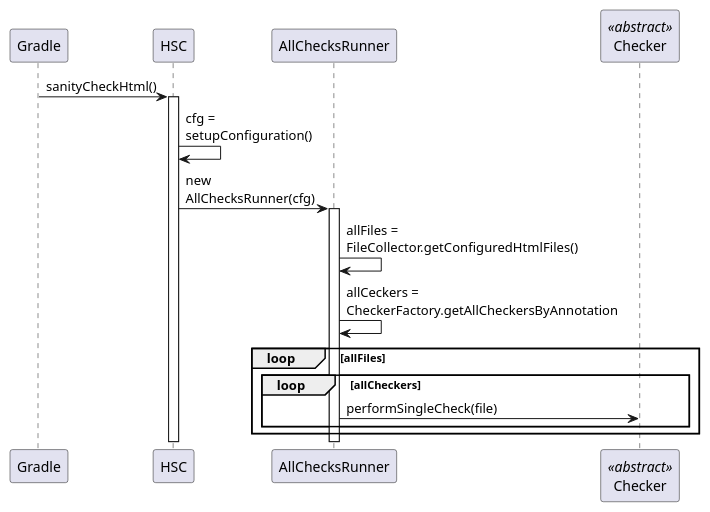
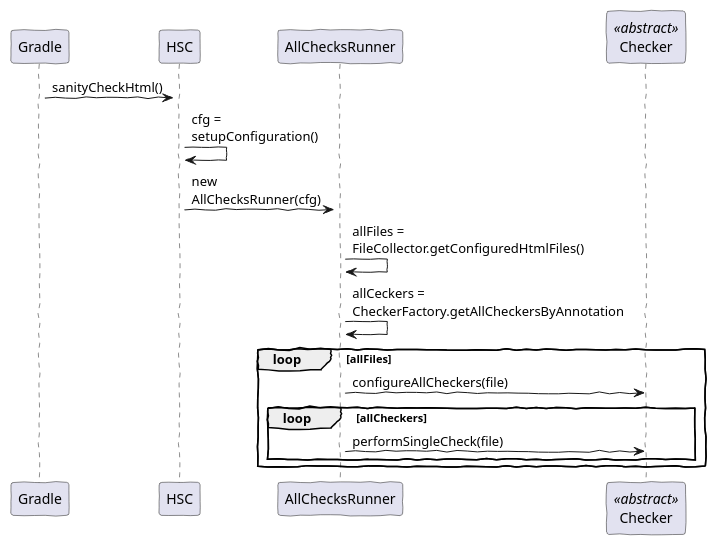
One commit to aim42/htmlSanityCheck changed the diagram in src/docs/development/MainLoop-new.puml. Above: the diagram before and after it, drawn with PlantUML. The commit also changed 1 other file, not shown here.

```diff
--- a/src/docs/development/MainLoop-new.puml
+++ b/src/docs/development/MainLoop-new.puml
@@ -1,23 +1,27 @@
 @startuml
 skinparam maxmessagesize 80
+skinparam handwritten true
+
+activate Gradle
 Gradle -> HSC: sanityCheckHtml()
+
 participant HSCTask as HSC
 activate HSC
 
 participant AllChecksRunner as ACR
 
 HSC -> HSC: cfg = setupConfiguration()
 HSC -> ACR: new AllChecksRunner(cfg)
 activate ACR
 
 ACR -> ACR: allFiles = FileCollector.getConfiguredHtmlFiles()
 ACR -> ACR: allCeckers = CheckerFactory.getAllCheckersByAnnotation
 
 loop allFiles
+    participant "Checker" as CHECK <<abstract>>
+    ACR -> CHECK: configureAllCheckers(file)
     loop allCheckers
-    participant "Checker" as CHECK <<abstract>>
     ACR -> CHECK: performSingleCheck(file)
     end
-
 end
 @enduml
```
